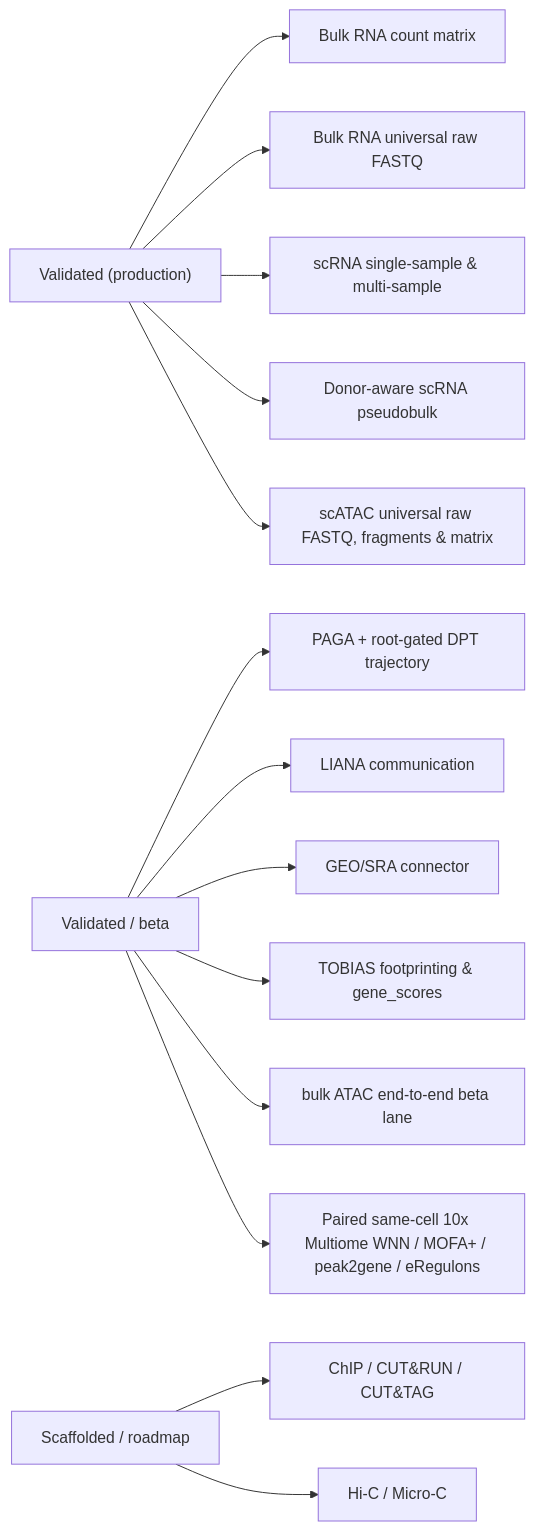
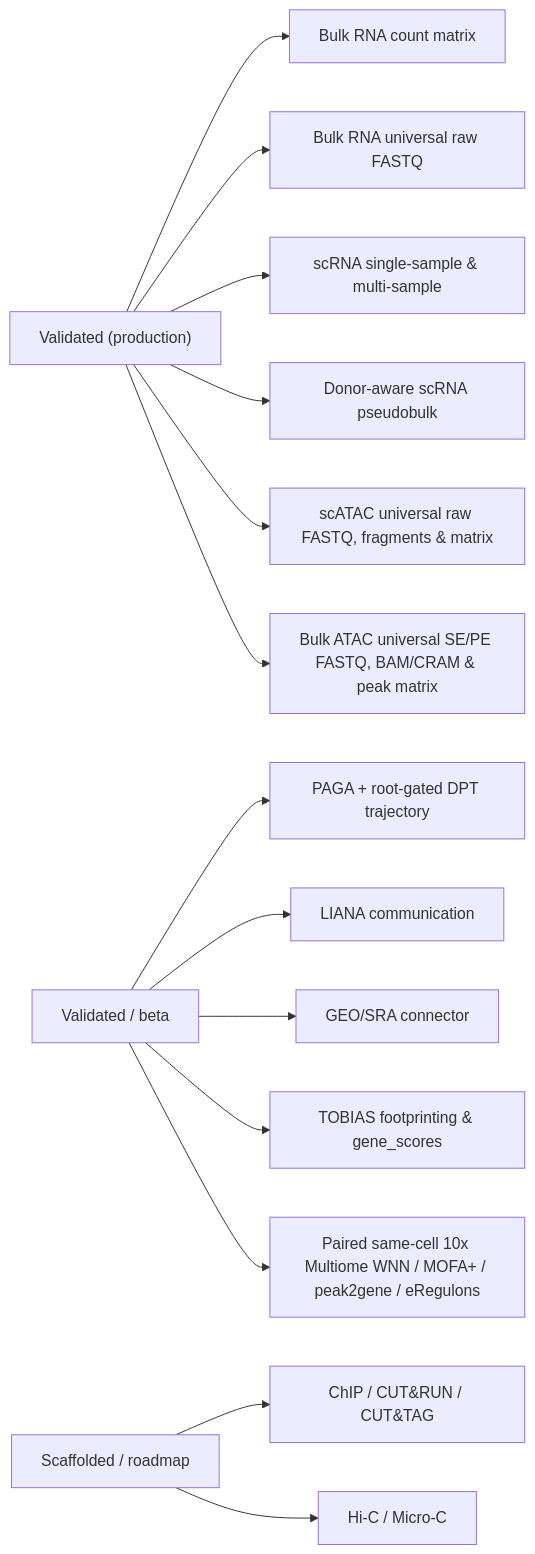
The diagram in docs/diagrams/validation_boundary.mmd (Olascoaga/aria-omics), drawn with Mermaid before and after one commit. The commit also changed 43 other files, not shown here.

Commit message:
feat(chromatin): universal bulk ATAC engine and promote bulk_ATAC to production (ADR-077)

```diff
--- a/docs/diagrams/validation_boundary.mmd
+++ b/docs/diagrams/validation_boundary.mmd
@@ -1,14 +1,14 @@
 flowchart LR
     A["Validated (production)"] --> A1[Bulk RNA count matrix]
     A --> A5[Bulk RNA universal raw FASTQ]
     A --> A2[scRNA single-sample & multi-sample]
     A --> A4[Donor-aware scRNA pseudobulk]
     A --> A6[scATAC universal raw FASTQ, fragments & matrix]
+    A --> A7[Bulk ATAC universal SE/PE FASTQ, BAM/CRAM & peak matrix]
     B[Validated / beta] --> B2[PAGA + root-gated DPT trajectory]
     B --> B3[LIANA communication]
     B --> B4[GEO/SRA connector]
     B --> B5[TOBIAS footprinting & gene_scores]
-    B --> B6[bulk ATAC end-to-end beta lane]
     B --> B7[Paired same-cell 10x Multiome WNN / MOFA+ / peak2gene / eRegulons]
     C[Scaffolded / roadmap] --> C1[ChIP / CUT&RUN / CUT&TAG]
     C --> C2[Hi-C / Micro-C]
```
